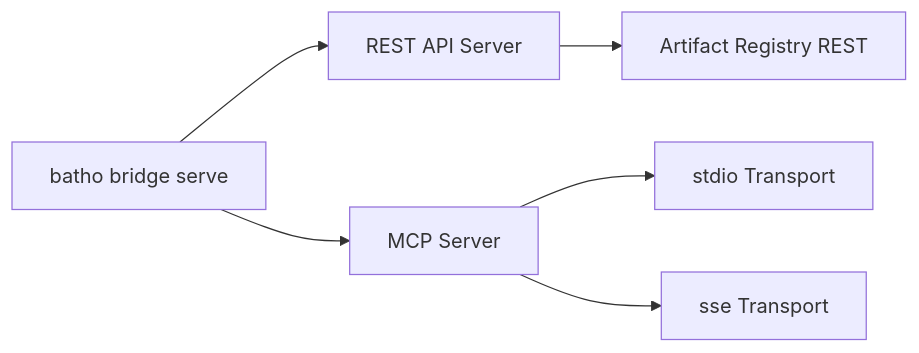
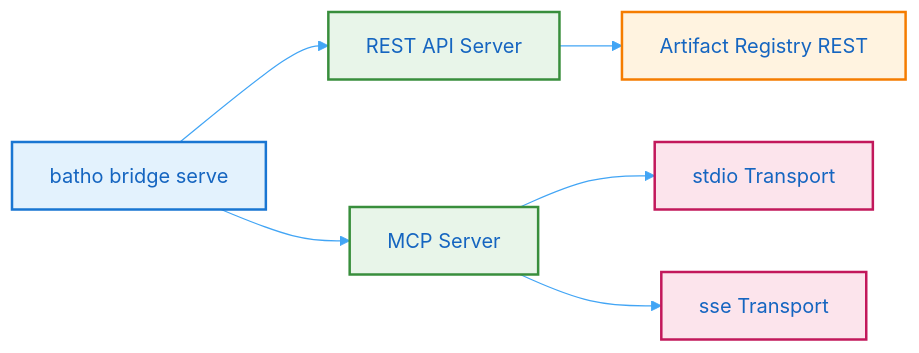
The diagram in docs-site/docs/whitepaper/bridge-mcp.md (sageoz/Batho), drawn with Mermaid before and after one commit. The commit also changed other lines of this file and 31 other files, not shown here.

````diff
--- a/docs-site/docs/whitepaper/bridge-mcp.md
+++ b/docs-site/docs/whitepaper/bridge-mcp.md
@@ -13,8 +13,16 @@
 ```mermaid
+%%{init: {'theme': 'base', 'themeVariables': { 'primaryColor': '#e3f2fd', 'primaryTextColor': '#1565c0', 'primaryBorderColor': '#1976d2', 'lineColor': '#42a5f5', 'secondaryColor': '#f3e5f5', 'tertiaryColor': '#e8f5e9'}}}%%
 flowchart LR
     A[batho bridge serve] --> B[REST API Server]
     A --> C[MCP Server]
     B --> D[Artifact Registry REST]
     C --> F[stdio Transport]
     C --> G[sse Transport]
+
+    style A fill:#e3f2fd,stroke:#1976d2,stroke-width:2px
+    style B fill:#e8f5e9,stroke:#388e3c,stroke-width:2px
+    style C fill:#e8f5e9,stroke:#388e3c,stroke-width:2px
+    style D fill:#fff3e0,stroke:#f57c00,stroke-width:2px
+    style F fill:#fce4ec,stroke:#c2185b,stroke-width:2px
+    style G fill:#fce4ec,stroke:#c2185b,stroke-width:2px
 ```
````
